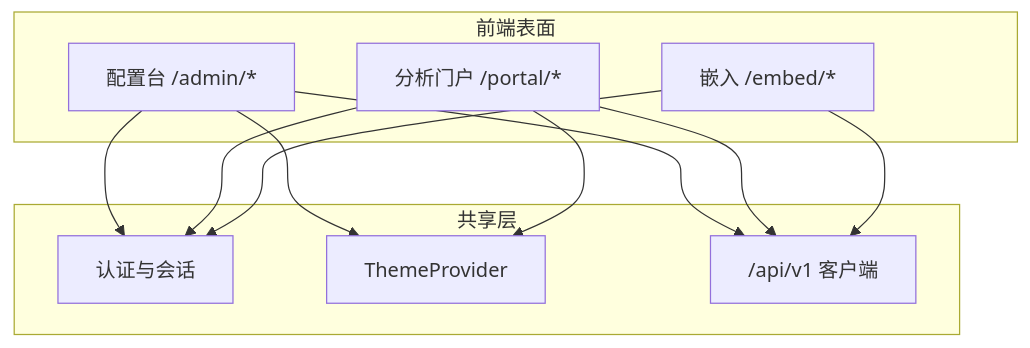
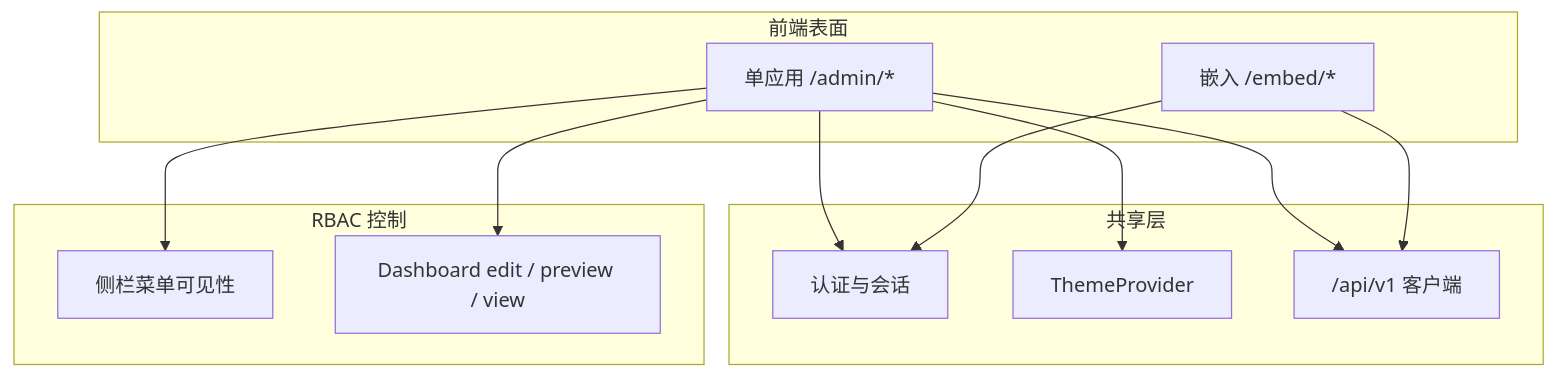
Before and after one commit to franksmith0710/VitalSpan: the diagram in docs/ui/layout.md, drawn with Mermaid. The commit also changed other lines of this file and 7 other files, not shown here.

````diff
--- a/docs/ui/layout.md
+++ b/docs/ui/layout.md
@@ -20,21 +20,23 @@
 ```mermaid
 flowchart TB
     subgraph surfaces [前端表面]
-        Admin["配置台 /admin/*"]
-        Portal["分析门户 /portal/*"]
+        App["单应用 /admin/*"]
         Embed["嵌入 /embed/*"]
     end
     subgraph shared [共享层]
         Auth[认证与会话]
         Theme[ThemeProvider]
         API["/api/v1 客户端"]
     end
-    Admin --> Auth
-    Portal --> Auth
+    subgraph rbac [RBAC 控制]
+        Menu[侧栏菜单可见性]
+        Mode[Dashboard edit / preview / view]
+    end
+    App --> Auth
     Embed --> Auth
-    Admin --> Theme
-    Portal --> Theme
-    Admin --> API
-    Portal --> API
+    App --> Theme
+    App --> API
     Embed --> API
+    App --> Menu
+    App --> Mode
 ```
````
